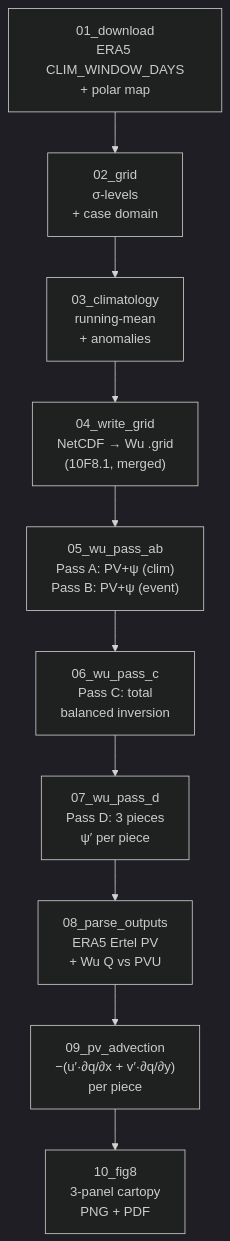
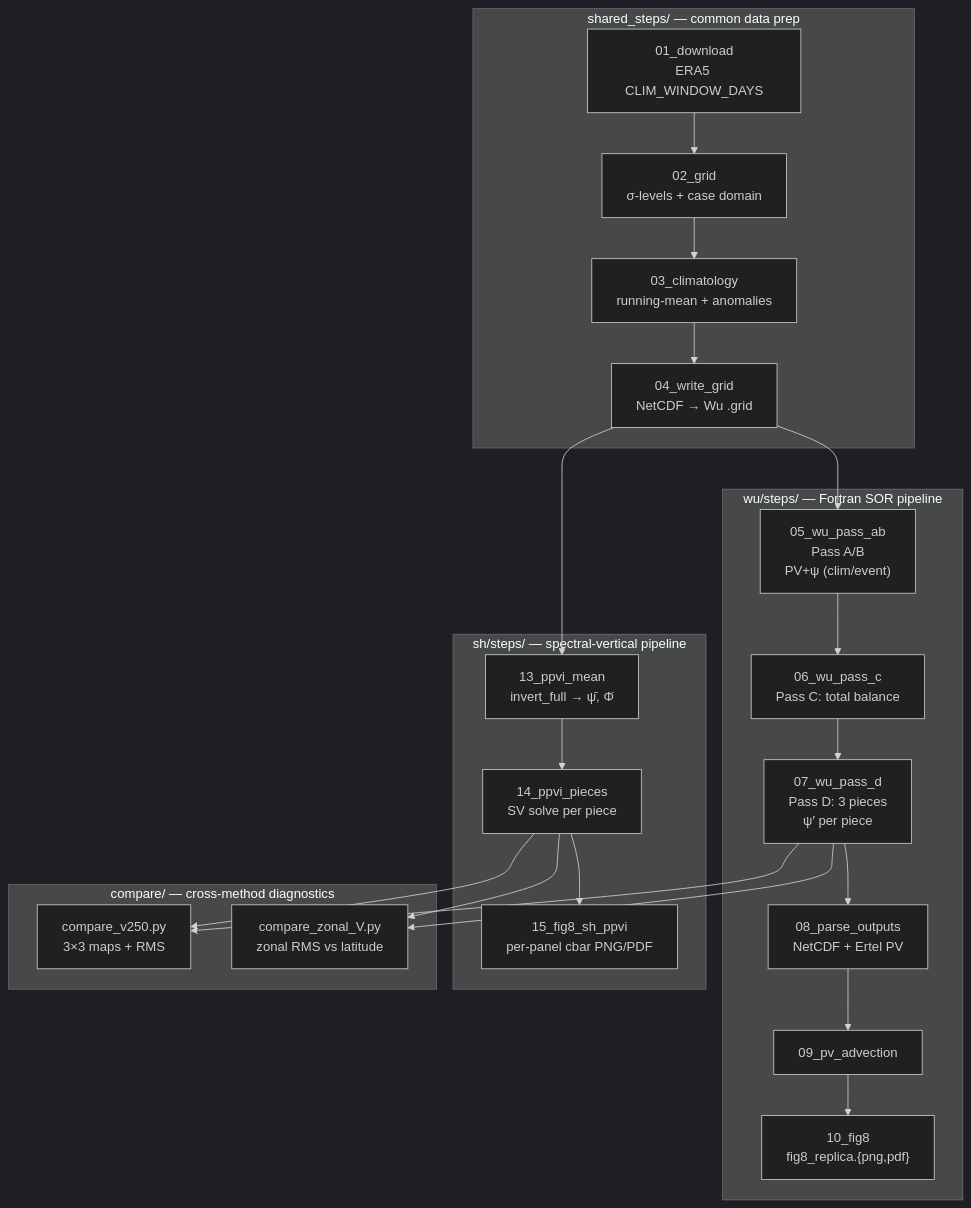
Before and after one commit to yanxingjianken/PV_Inversion: the diagram in README.md, drawn with Mermaid (dark theme). The commit also changed other lines of this file and 137 other files, not shown here.

````diff
--- a/README.md
+++ b/README.md
@@ -28,12 +61,29 @@
 ```mermaid
 graph TD
-    S01["01_download<br/>ERA5 CLIM_WINDOW_DAYS<br/>+ polar map"] --> S02["02_grid<br/>σ-levels<br/>+ case domain"]
-    S02 --> S03["03_climatology<br/>running-mean<br/>+ anomalies"]
-    S03 --> S04["04_write_grid<br/>NetCDF → Wu .grid<br/>(10F8.1, merged)"]
-    S04 --> S05["05_wu_pass_ab<br/>Pass A: PV+ψ (clim)<br/>Pass B: PV+ψ (event)"]
-    S05 --> S06["06_wu_pass_c<br/>Pass C: total<br/>balanced inversion"]
-    S06 --> S07["07_wu_pass_d<br/>Pass D: 3 pieces<br/>ψ′ per piece"]
-    S07 --> S08["08_parse_outputs<br/>ERA5 Ertel PV<br/>+ Wu Q vs PVU"]
-    S08 --> S09["09_pv_advection<br/>−(u′·∂q/∂x + v′·∂q/∂y)<br/>per piece"]
-    S09 --> S10["10_fig8<br/>3-panel cartopy<br/>PNG + PDF"]
+    subgraph SHARED ["shared_steps/  —  common data prep"]
+        S01["01_download<br/>ERA5 CLIM_WINDOW_DAYS"] --> S02["02_grid<br/>σ-levels + case domain"]
+        S02 --> S03["03_climatology<br/>running-mean + anomalies"]
+        S03 --> S04["04_write_grid<br/>NetCDF → Wu .grid"]
+    end
+    subgraph WU ["wu/steps/  —  Fortran SOR pipeline"]
+        W05["05_wu_pass_ab<br/>Pass A/B<br/>PV+ψ (clim/event)"] --> W06["06_wu_pass_c<br/>Pass C: total balance"]
+        W06 --> W07["07_wu_pass_d<br/>Pass D: 3 pieces<br/>ψ′ per piece"]
+        W07 --> W08["08_parse_outputs<br/>NetCDF + Ertel PV"]
+        W08 --> W09["09_pv_advection"]
+        W09 --> W10["10_fig8<br/>fig8_replica.{png,pdf}"]
+    end
+    subgraph SH ["sh/steps/  —  spectral-vertical pipeline"]
+        H13["13_ppvi_mean<br/>invert_full → ψ̄, Φ̄"] --> H14["14_ppvi_pieces<br/>SV solve per piece"]
+        H14 --> H15["15_fig8_sh_ppvi<br/>per-panel cbar PNG/PDF"]
+    end
+    subgraph CMP ["compare/  —  cross-method diagnostics"]
+        C1["compare_v250.py<br/>3×3 maps + RMS"]
+        C2["compare_zonal_V.py<br/>zonal RMS vs latitude"]
+    end
+    S04 --> W05
+    S04 --> H13
+    W07 --> C1
+    H14 --> C1
+    W07 --> C2
+    H14 --> C2
 ```
````
